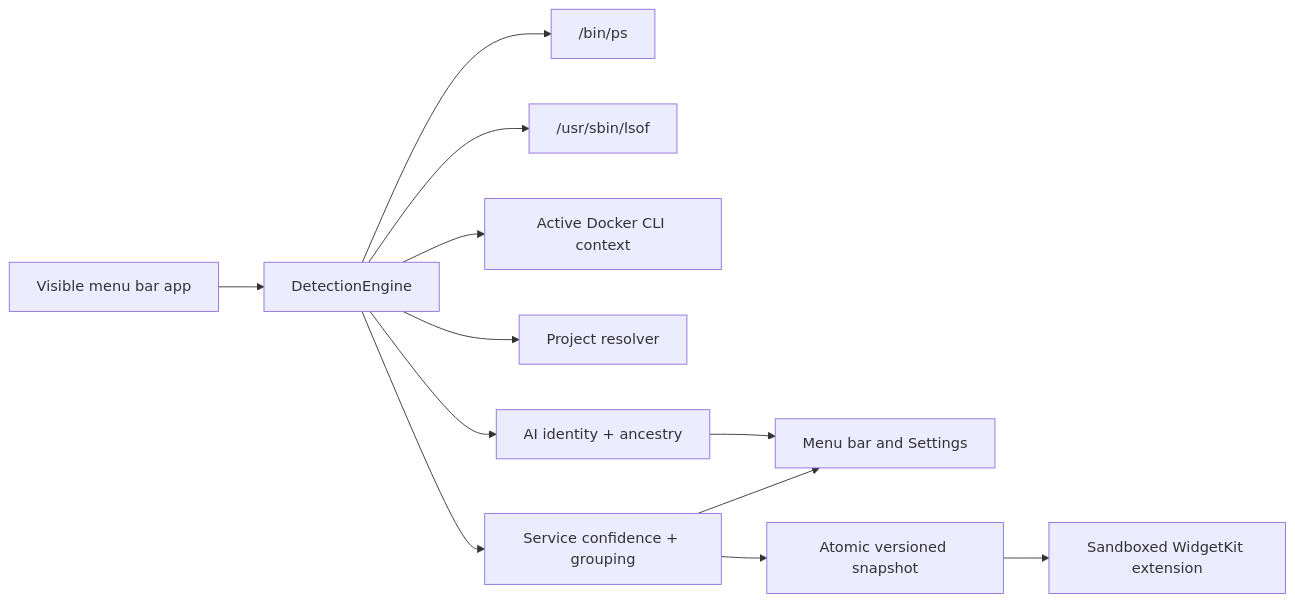
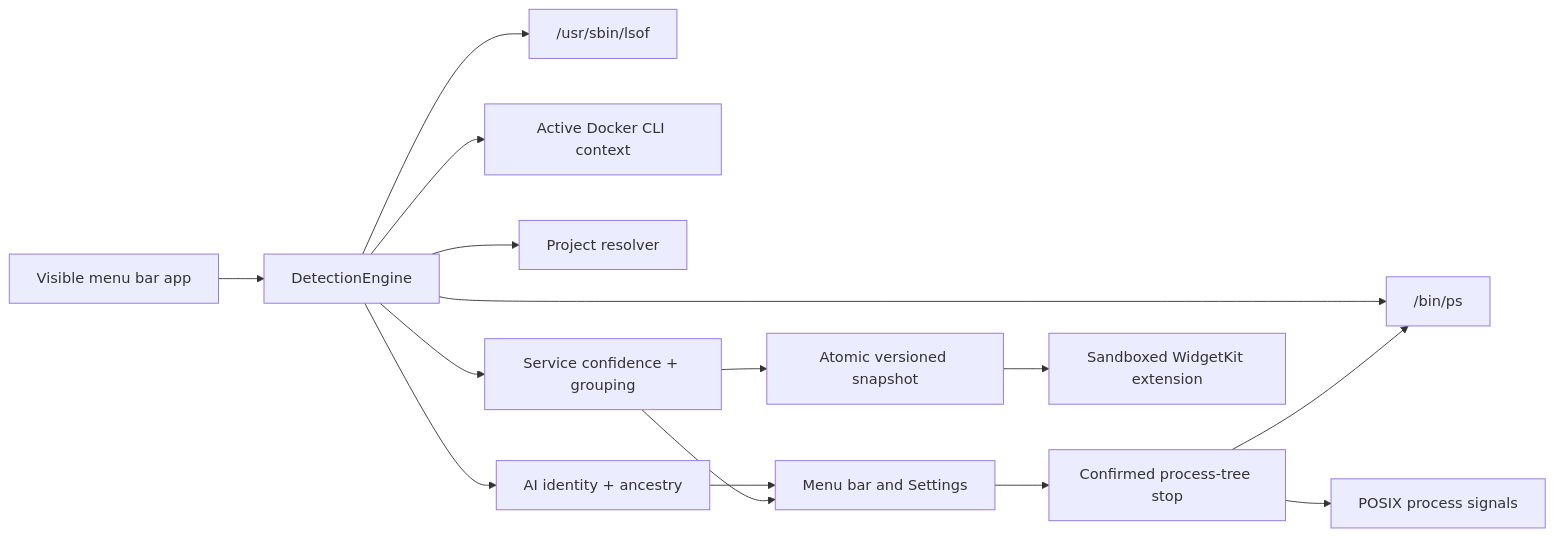
The diagram in README.md (mi-aleks/watchio), drawn with Mermaid before and after one commit. The commit also changed other lines of this file and 25 other files, not shown here.

First line of the commit message:
feat: add safe process tree stop (#6)

````diff
--- a/README.md
+++ b/README.md
@@ -134,14 +155,17 @@
 ```mermaid
 flowchart LR
   A["Visible menu bar app"] --> E["DetectionEngine"]
   E --> P["/bin/ps"]
   E --> L["/usr/sbin/lsof"]
   E --> D["Active Docker CLI context"]
   E --> R["Project resolver"]
   E --> S["Service confidence + grouping"]
   E --> I["AI identity + ancestry"]
   I --> M
   S --> M["Menu bar and Settings"]
+  M --> C["Confirmed process-tree stop"]
+  C --> P
+  C --> K["POSIX process signals"]
   S --> J["Atomic versioned snapshot"]
   J --> W["Sandboxed WidgetKit extension"]
 ```
````
